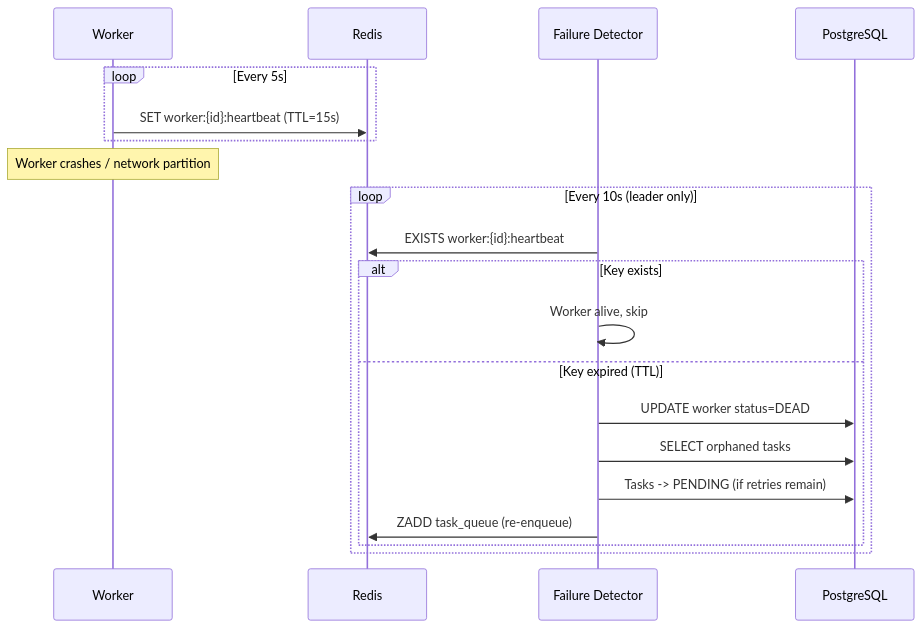
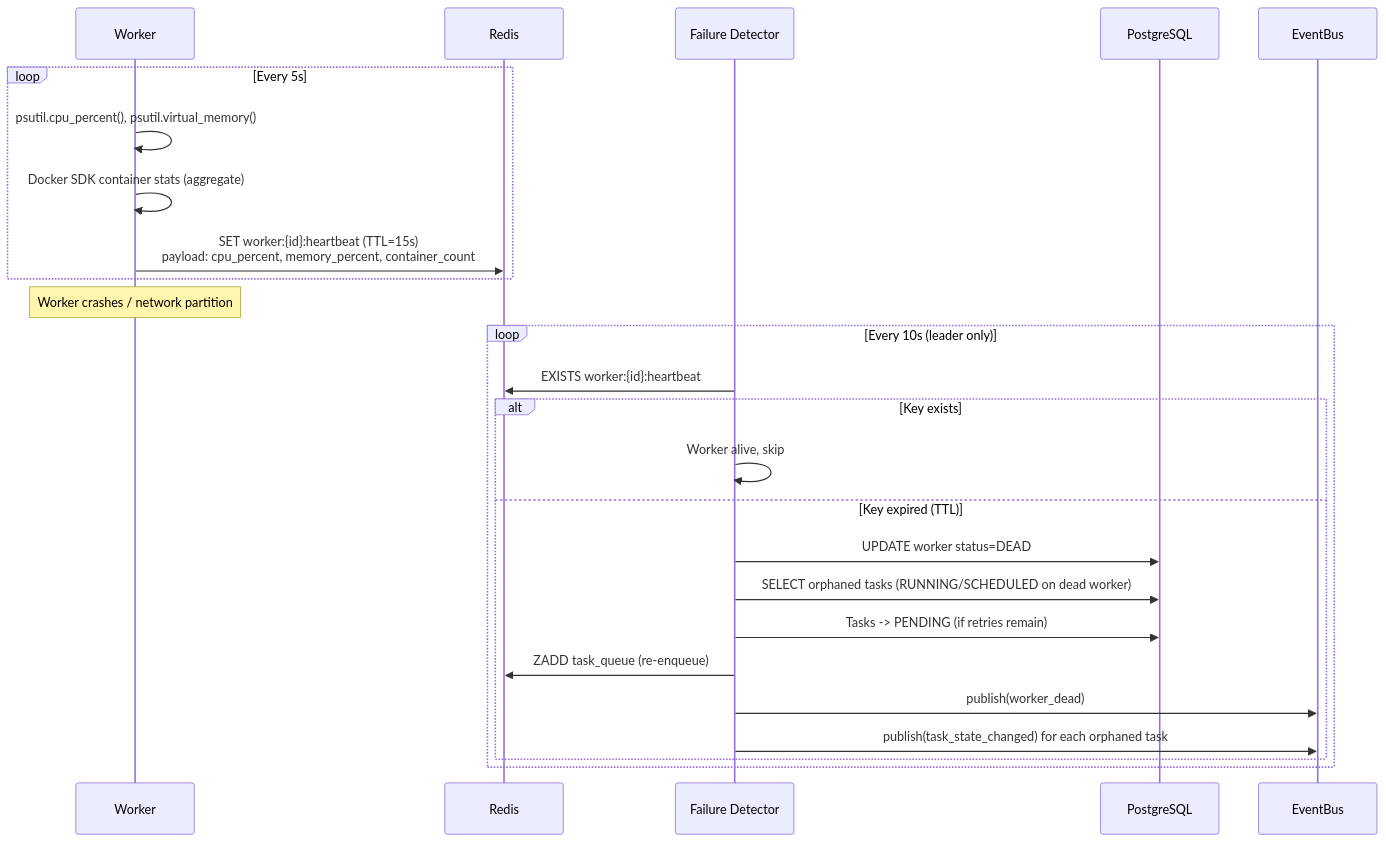
The fifth of 9 diagrams in docs/architecture.md (epshukla/Distributed-TaskScheduler-Chronos), drawn with Mermaid before and after one commit. The commit also changed other lines of this file and 39 other files, not shown here.

````diff
--- a/docs/architecture.md
+++ b/docs/architecture.md
@@ -145,25 +202,30 @@
 ```mermaid
 sequenceDiagram
     participant W as Worker
     participant R as Redis
     participant FD as Failure Detector
     participant PG as PostgreSQL
+    participant EB as EventBus
 
     loop Every 5s
-        W->>R: SET worker:{id}:heartbeat (TTL=15s)
+        W->>W: psutil.cpu_percent(), psutil.virtual_memory()
+        W->>W: Docker SDK container stats (aggregate)
+        W->>R: SET worker:{id}:heartbeat (TTL=15s)<br/>payload: cpu_percent, memory_percent, container_count
     end
 
     Note over W: Worker crashes / network partition
 
     loop Every 10s (leader only)
         FD->>R: EXISTS worker:{id}:heartbeat
         alt Key exists
             FD->>FD: Worker alive, skip
         else Key expired (TTL)
             FD->>PG: UPDATE worker status=DEAD
-            FD->>PG: SELECT orphaned tasks
+            FD->>PG: SELECT orphaned tasks (RUNNING/SCHEDULED on dead worker)
             FD->>PG: Tasks -> PENDING (if retries remain)
             FD->>R: ZADD task_queue (re-enqueue)
+            FD->>EB: publish(worker_dead)
+            FD->>EB: publish(task_state_changed) for each orphaned task
         end
     end
 ```
````
